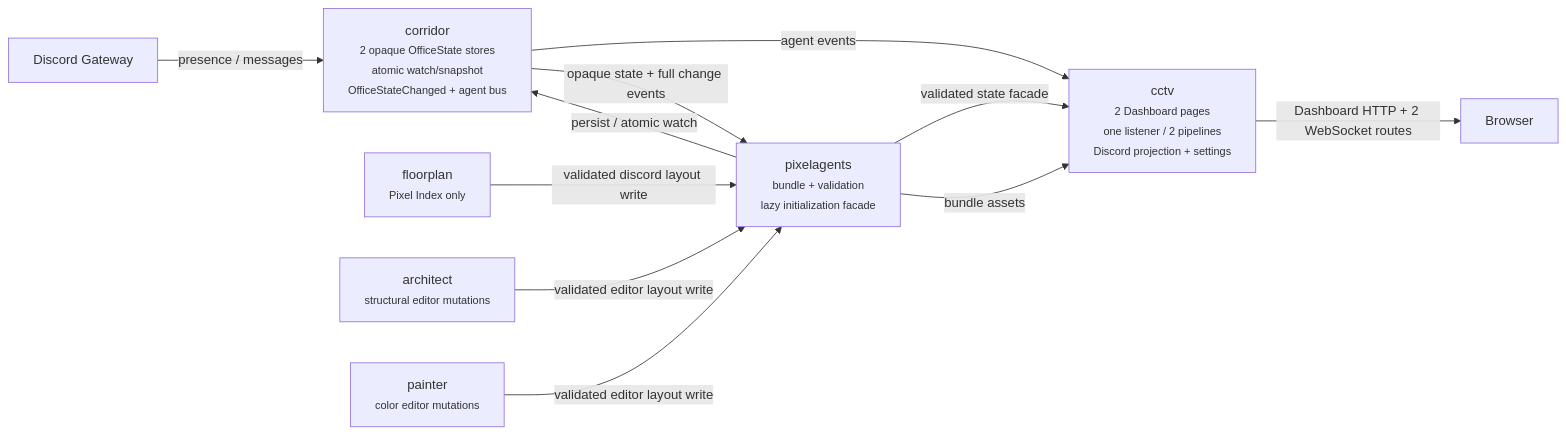
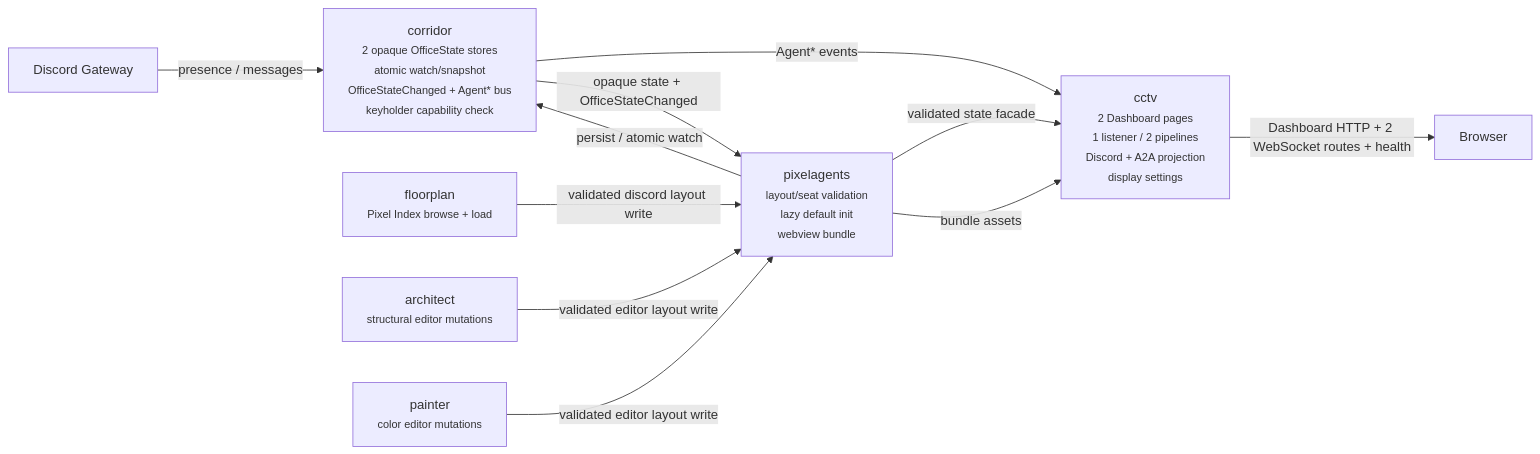
The first of 6 diagrams in docs/cctv-design.md (pixel-agents-hq/pixel-agents-cogs), drawn with Mermaid before and after one commit. The commit also changed other lines of this file and 39 other files, not shown here.

````diff
--- a/docs/cctv-design.md
+++ b/docs/cctv-design.md
@@ -332,22 +32,22 @@
 ```mermaid
 flowchart LR
     Discord["Discord Gateway"]
-    Corridor["corridor<br/><small>2 opaque OfficeState stores<br/>atomic watch/snapshot<br/>OfficeStateChanged + agent bus</small>"]
-    Pixelagents["pixelagents<br/><small>bundle + validation<br/>lazy initialization facade</small>"]
-    Cctv["cctv<br/><small>2 Dashboard pages<br/>one listener / 2 pipelines<br/>Discord projection + settings</small>"]
-    Floorplan["floorplan<br/><small>Pixel Index only</small>"]
+    Corridor["corridor<br/><small>2 opaque OfficeState stores<br/>atomic watch/snapshot<br/>OfficeStateChanged + Agent* bus<br/>keyholder capability check</small>"]
+    Pixelagents["pixelagents<br/><small>layout/seat validation<br/>lazy default init<br/>webview bundle</small>"]
+    Cctv["cctv<br/><small>2 Dashboard pages<br/>1 listener / 2 pipelines<br/>Discord + A2A projection<br/>display settings</small>"]
+    Floorplan["floorplan<br/><small>Pixel Index browse + load</small>"]
     Architect["architect<br/><small>structural editor mutations</small>"]
     Painter["painter<br/><small>color editor mutations</small>"]
     Browser["Browser"]
 
     Discord -->|presence / messages| Corridor
-    Corridor -->|agent events| Cctv
-    Corridor -->|opaque state + full change events| Pixelagents
+    Corridor -->|Agent* events| Cctv
+    Corridor -->|opaque state + OfficeStateChanged| Pixelagents
     Pixelagents -->|validated state facade| Cctv
     Floorplan -->|validated discord layout write| Pixelagents
     Architect -->|validated editor layout write| Pixelagents
     Painter -->|validated editor layout write| Pixelagents
     Pixelagents -->|persist / atomic watch| Corridor
     Pixelagents -->|bundle assets| Cctv
-    Cctv -->|Dashboard HTTP + 2 WebSocket routes| Browser
+    Cctv -->|Dashboard HTTP + 2 WebSocket routes + health| Browser
 ```
````
